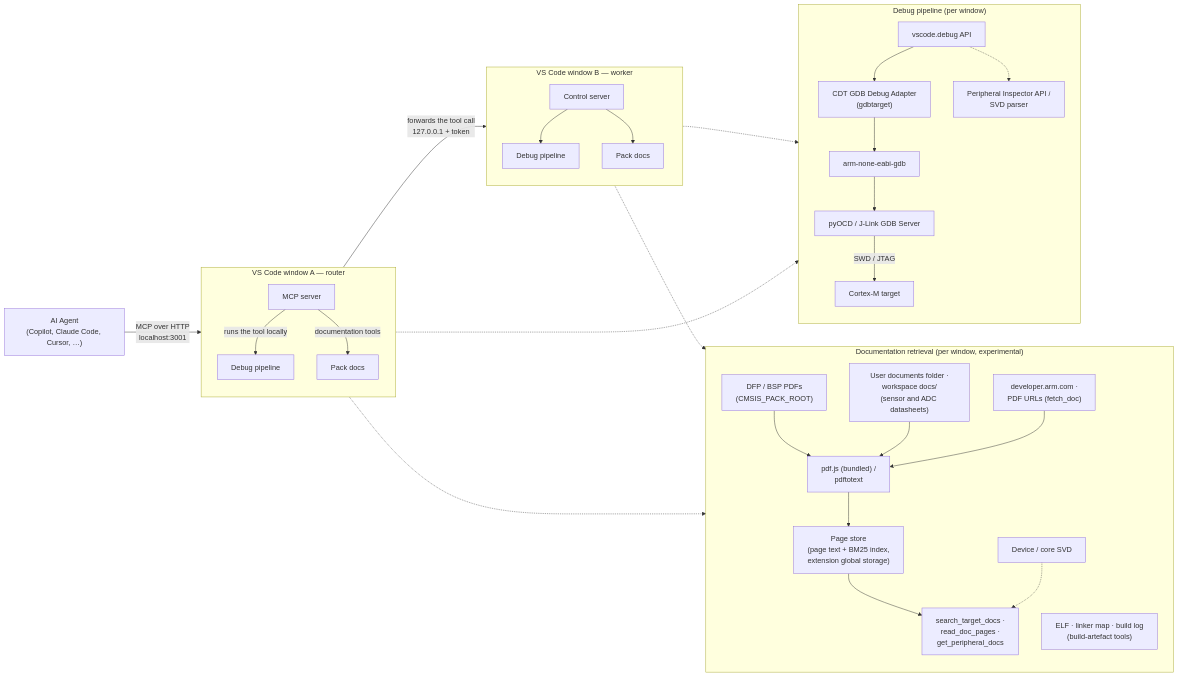
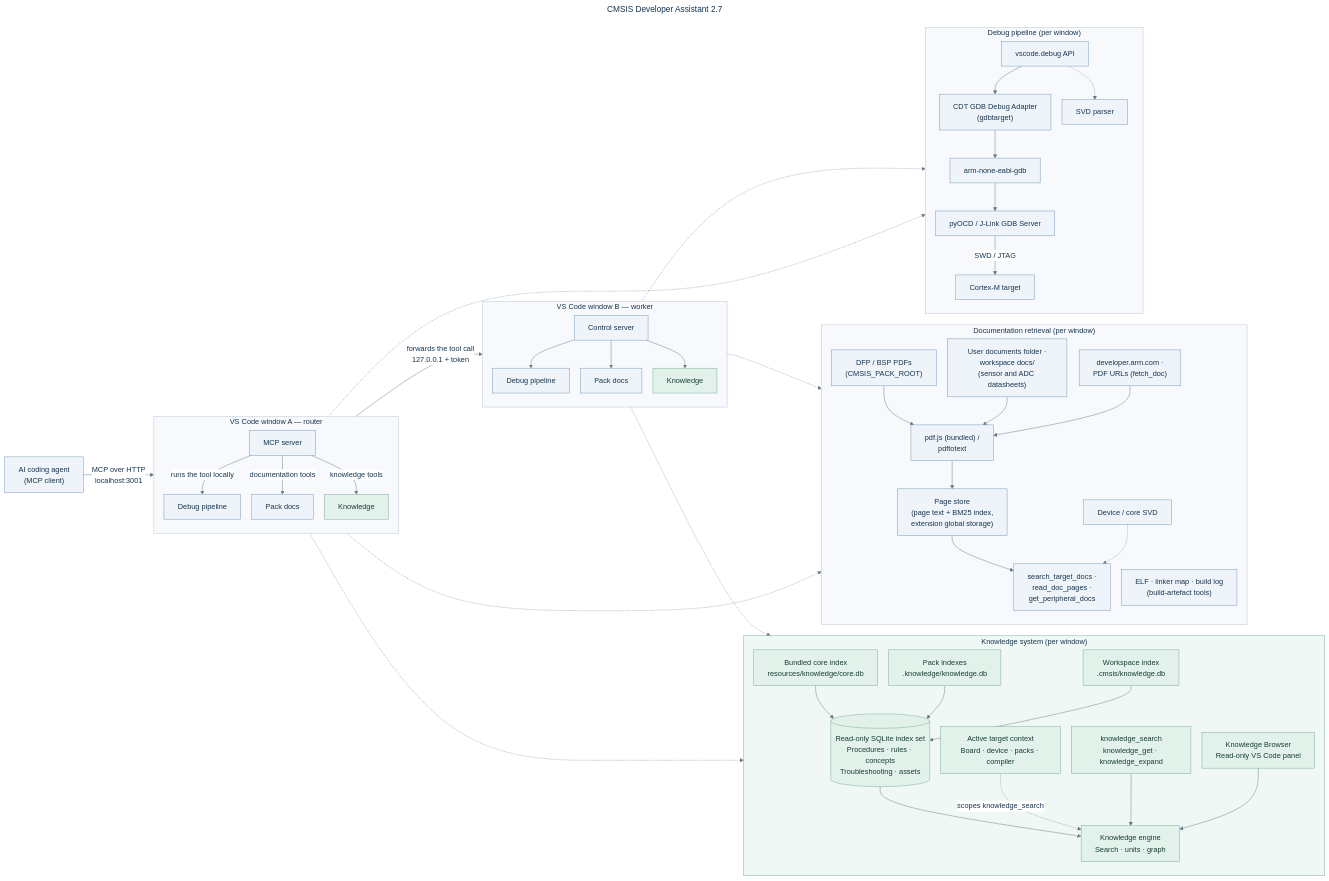
The diagram in assets/architecture.mmd (Open-CMSIS-Pack/CMSIS-Developer-Assistant), drawn with Mermaid before and after one commit. The commit also changed 368 other files, not shown here.

First line of the commit message:
Release 2.7.0: the knowledge index, one installed skill, CMSIS Solution catalog and project actions, Kimi Code (#105)

```diff
--- a/assets/architecture.mmd
+++ b/assets/architecture.mmd
@@ -1,49 +1,91 @@
-%% Architecture of the CMSIS Developer Assistant.
-%% Export to assets/architecture.png (used by the README) after editing:
+---
+title: CMSIS Developer Assistant 2.7
+config:
+    theme: base
+    themeVariables:
+        fontFamily: Arial, sans-serif
+        fontSize: 16px
+        primaryColor: '#eef4fa'
+        primaryTextColor: '#18344d'
+        primaryBorderColor: '#7394b3'
+        lineColor: '#64788a'
+        clusterBkg: '#f7f9fc'
+        clusterBorder: '#b5c4d2'
+        edgeLabelBackground: '#ffffff'
+        titleColor: '#18344d'
+    flowchart:
+        useMaxWidth: false
+        nodeSpacing: 24
+        rankSpacing: 36
+---
+%% Architecture of the CMSIS Developer Assistant 2.7.
+%% Export to assets/architecture.png (used by the user guide) after editing:
 %%   npm run diagram
 %% (mermaid-cli with the local Chrome; opaque background so the extension page renders it in dark themes too).
 flowchart LR
-    agent["AI Agent<br/>(Copilot, Claude Code, Cursor, …)"]
+    accTitle: CMSIS Developer Assistant 2.7 architecture
+    accDescr: MCP calls are routed to the workspace's VS Code window. Each window provides debugging, documentation and build information, and an always-on knowledge system. Knowledge tools and the Knowledge Browser share read-only core, pack and workspace indexes; the active target scopes knowledge_search and optionally browser searches.
+    agent["AI coding agent<br/>(MCP client)"]
     agent -- "MCP over HTTP<br/>localhost:3001" --> srvA
 
     subgraph router["VS Code window A — router"]
         direction TB
         srvA["MCP server"]
         srvA -- "runs the tool locally" --> dbgA["Debug pipeline"]
         srvA -- "documentation tools" --> docsA["Pack docs"]
+        srvA -- "knowledge tools" --> knowledgeA["Knowledge"]
     end
 
     srvA -- "forwards the tool call<br/>127.0.0.1 + token" --> srvB
 
     subgraph worker["VS Code window B — worker"]
         direction TB
         srvB["Control server"]
         srvB --> dbgB["Debug pipeline"]
         srvB --> docsB["Pack docs"]
+        srvB --> knowledgeB["Knowledge"]
     end
 
     subgraph pipeline["Debug pipeline (per window)"]
         direction TB
         api["vscode.debug API"] --> cdt["CDT GDB Debug Adapter<br/>(gdbtarget)"]
         cdt --> gdb["arm-none-eabi-gdb"]
         gdb --> server["pyOCD / J-Link GDB Server"]
         server -- "SWD / JTAG" --> target["Cortex-M target"]
-        api -.-> svd["Peripheral Inspector API /<br/>SVD parser"]
+        api -.-> svd["SVD parser"]
     end
 
-    subgraph docs["Documentation retrieval (per window, experimental)"]
+    subgraph docs["Documentation retrieval (per window)"]
         direction TB
         store["Page store<br/>(page text + BM25 index,<br/>extension global storage)"]
         extract["pdf.js (bundled) /<br/>pdftotext"] --> store
         packs["DFP / BSP PDFs<br/>(CMSIS_PACK_ROOT)"] --> extract
         user["User documents folder ·<br/>workspace docs/<br/>(sensor and ADC datasheets)"] --> extract
         web["developer.arm.com ·<br/>PDF URLs (fetch_doc)"] --> extract
         store --> search["search_target_docs ·<br/>read_doc_pages ·<br/>get_peripheral_docs"]
         svdDocs["Device / core SVD"] -.-> search
         build["ELF · linker map · build log<br/>(build-artefact tools)"]
     end
 
+    subgraph knowledge["Knowledge system (per window)"]
+        direction TB
+        coreIndex["Bundled core index<br/>resources/knowledge/core.db"]
+        packIndexes["Pack indexes<br/>.knowledge/knowledge.db"]
+        workspaceIndex["Workspace index<br/>.cmsis/knowledge.db"]
+        coreIndex & packIndexes & workspaceIndex --> indexes[("Read-only SQLite index set<br/>Procedures · rules · concepts<br/>Troubleshooting · assets")]
+        indexes --> engine["Knowledge engine<br/>Search · units · graph"]
+        context["Active target context<br/>Board · device · packs · compiler"] -. "scopes knowledge_search" .-> engine
+        knowledgeTools["knowledge_search<br/>knowledge_get · knowledge_expand"] --> engine
+        browser["Knowledge Browser<br/>Read-only VS Code panel"] --> engine
+    end
+
     dbgA -.-> pipeline
     dbgB -.-> pipeline
     docsA -.-> docs
     docsB -.-> docs
+    knowledgeA -.-> knowledge
+    knowledgeB -.-> knowledge
+
+    style knowledge fill:#f0f8f5,stroke:#77a793
+    classDef knowledgeNode fill:#e2f2eb,stroke:#77a793,color:#183d30
+    class knowledgeA,knowledgeB,coreIndex,packIndexes,workspaceIndex,indexes,engine,context,knowledgeTools,browser knowledgeNode
```
